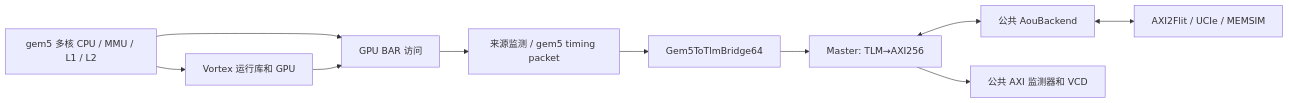
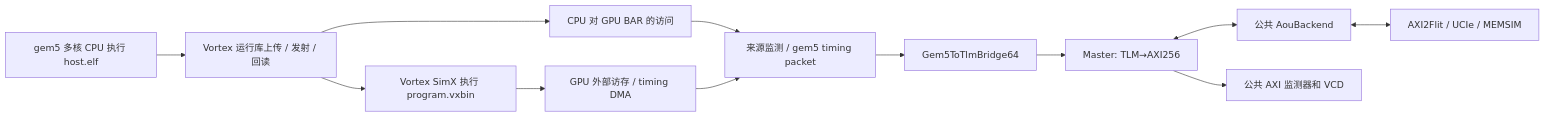
Before and after one commit to hy2581/vortex_StorageStacked: the first of 8 diagrams in docs/04-integration介绍.md, drawn with Mermaid. The commit also changed other lines of this file and 5 other files, not shown here.

Commit message:
Document CPU GPU roles and gem5 multicore usage

````diff
--- a/docs/04-integration介绍.md
+++ b/docs/04-integration介绍.md
@@ -16,12 +16,14 @@
 ```mermaid
 flowchart LR
-    H[gem5 多核 CPU / MMU / L1 / L2] --> V[Vortex 运行库和 GPU]
-    H --> M[GPU BAR 访问]
-    V --> M
+    H[gem5 多核 CPU 执行 host.elf] --> R[Vortex 运行库上传 / 发射 / 回读]
+    R --> V[Vortex SimX 执行 program.vxbin]
+    R --> M[CPU 对 GPU BAR 的访问]
+    V --> D[GPU 外部访存 / timing DMA]
     M --> P[来源监测 / gem5 timing packet]
+    D --> P
     P --> T[Gem5ToTlmBridge64]
     T --> A[Master: TLM→AXI256]
     A <--> S[公共 AouBackend]
     S <--> U[AXI2Flit / UCIe / MEMSIM]
     A --> O[公共 AXI 监测器和 VCD]
 ```
````
